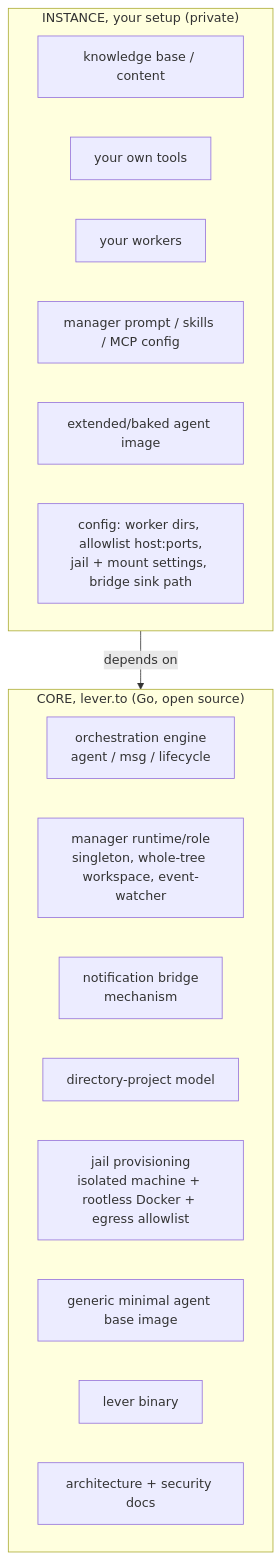
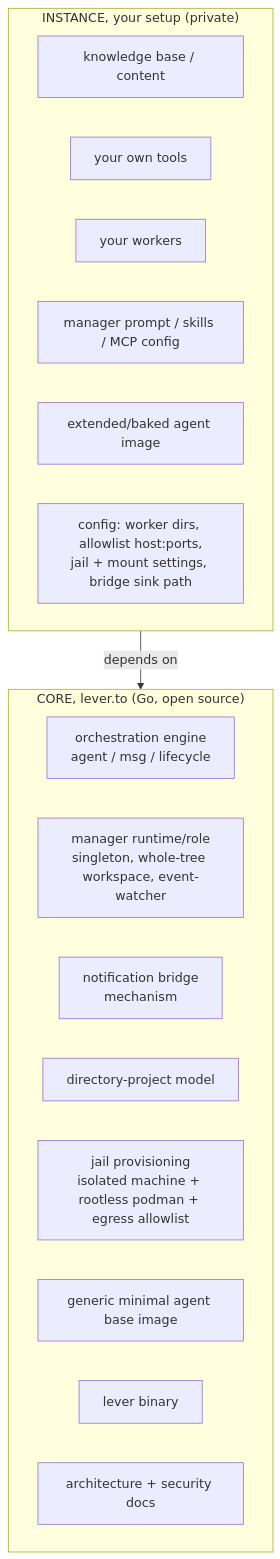
One commit to stevegeek/lever changed the diagram in docs-site/_guides/core-vs-instance.md. Above: the diagram before and after it, drawn with Mermaid. The commit also changed 5 other files, not shown here.

First line of the commit message:
docs(site): reconcile container runtime to rootless podman + add homepage intro

````diff
--- a/docs-site/_guides/core-vs-instance.md
+++ b/docs-site/_guides/core-vs-instance.md
@@ -21,22 +21,22 @@
 ```mermaid
 graph TD
     subgraph core["CORE, lever.to (Go, open source)"]
         ENG[orchestration engine<br/>agent / msg / lifecycle]
         MGR[manager runtime/role<br/>singleton, whole-tree workspace, event-watcher]
         BR[notification bridge<br/>mechanism]
         PM[directory-project model]
-        JAIL[jail provisioning<br/>isolated machine + rootless Docker + egress allowlist]
+        JAIL[jail provisioning<br/>isolated machine + rootless podman + egress allowlist]
         IMG[generic minimal agent base image]
         BIN[lever binary]
         DOCS[architecture + security docs]
     end
     subgraph inst["INSTANCE, your setup (private)"]
         KB[knowledge base / content]
         TOOLS[your own tools]
         WORKERS[your workers]
         MCFG[manager prompt / skills / MCP config]
         EXTIMG[extended/baked agent image]
         CFG[config: worker dirs, allowlist host:ports,<br/>jail + mount settings, bridge sink path]
     end
     inst -->|depends on| core
 ```
````
